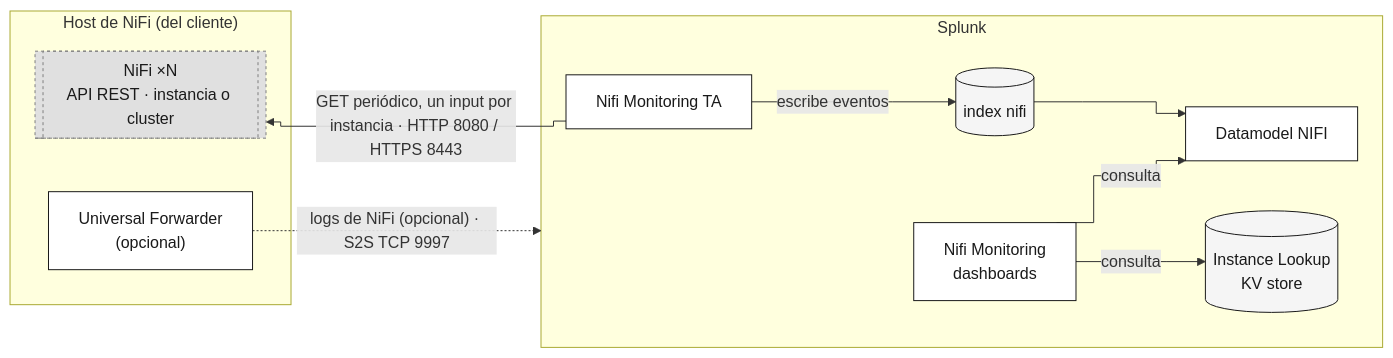
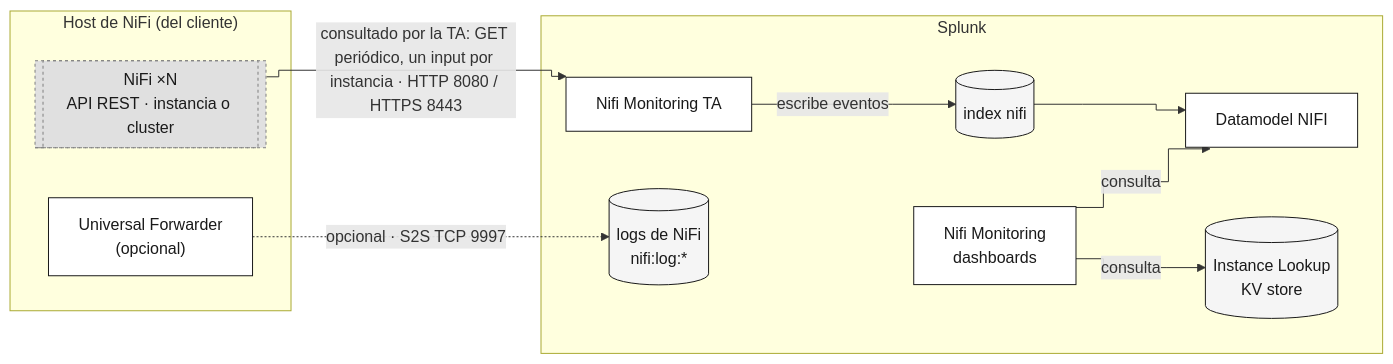
One commit to kudawdev/nifi-monitoring-splunk changed the diagram in doc/config-nifi-monitoring-2-0.es.md. Above: the diagram before and after it, drawn with Mermaid. The commit also changed other lines of this file and 9 other files, not shown here.

First line of the commit message:
Untangle the pull diagram, tell the config pages apart, drop the dead theme.js

````diff
--- a/doc/config-nifi-monitoring-2-0.es.md
+++ b/doc/config-nifi-monitoring-2-0.es.md
@@ -18,29 +22,30 @@
 ```mermaid
 %%{init: {"flowchart": {"curve": "step"}} }%%
 flowchart LR
     subgraph nifi_host["Host de NiFi (del cliente)"]
         nifi[["NiFi ×N<br/>API REST · instancia o cluster"]]:::externo
         uf["Universal Forwarder<br/>(opcional)"]:::propio
     end
 
     subgraph splunk["Splunk"]
         ta["Nifi Monitoring TA"]:::propio
         idx[("index nifi")]:::dato
+        logs[("logs de NiFi<br/>nifi:log:*")]:::dato
         lookup[("Instance Lookup<br/>KV store")]:::dato
         dm["Datamodel NIFI"]:::propio
         dash["Nifi Monitoring<br/>dashboards"]:::propio
     end
 
     nifi_host ~~~ splunk
 
-    ta -->|"GET periódico, un input por instancia · HTTP 8080 / HTTPS 8443"| nifi
+    nifi -->|"consultado por la TA: GET periódico, un input por instancia · HTTP 8080 / HTTPS 8443"| ta
     ta -->|"escribe eventos"| idx
-    uf -.->|"logs de NiFi (opcional) · S2S TCP 9997"| splunk
+    uf -.->|"opcional · S2S TCP 9997"| logs
     idx --> dm
     dash -->|"consulta"| dm
     dash -->|"consulta"| lookup
 
     classDef propio fill:#FFFFFF,stroke:#1A1A1A,color:#1A1A1A
     classDef externo fill:#E0E0E0,stroke:#808080,color:#1A1A1A,stroke-dasharray:3
     classDef dato fill:#F5F5F5,stroke:#1A1A1A,color:#1A1A1A
 ```
````
